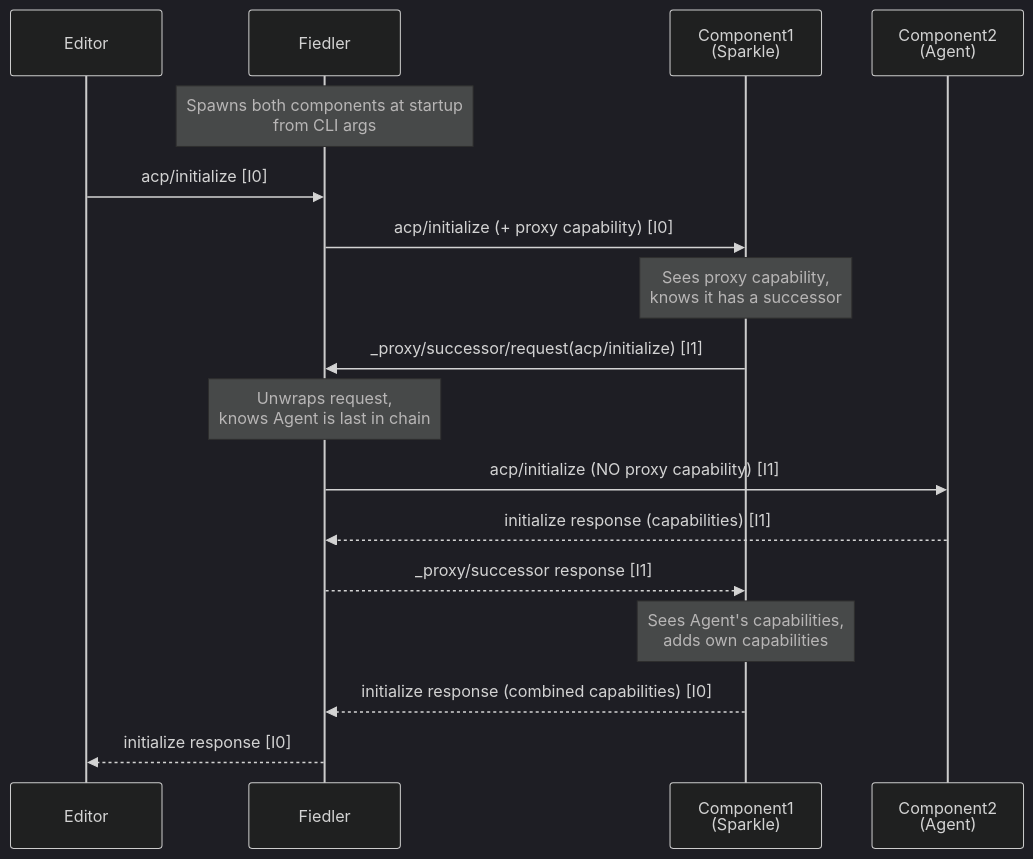
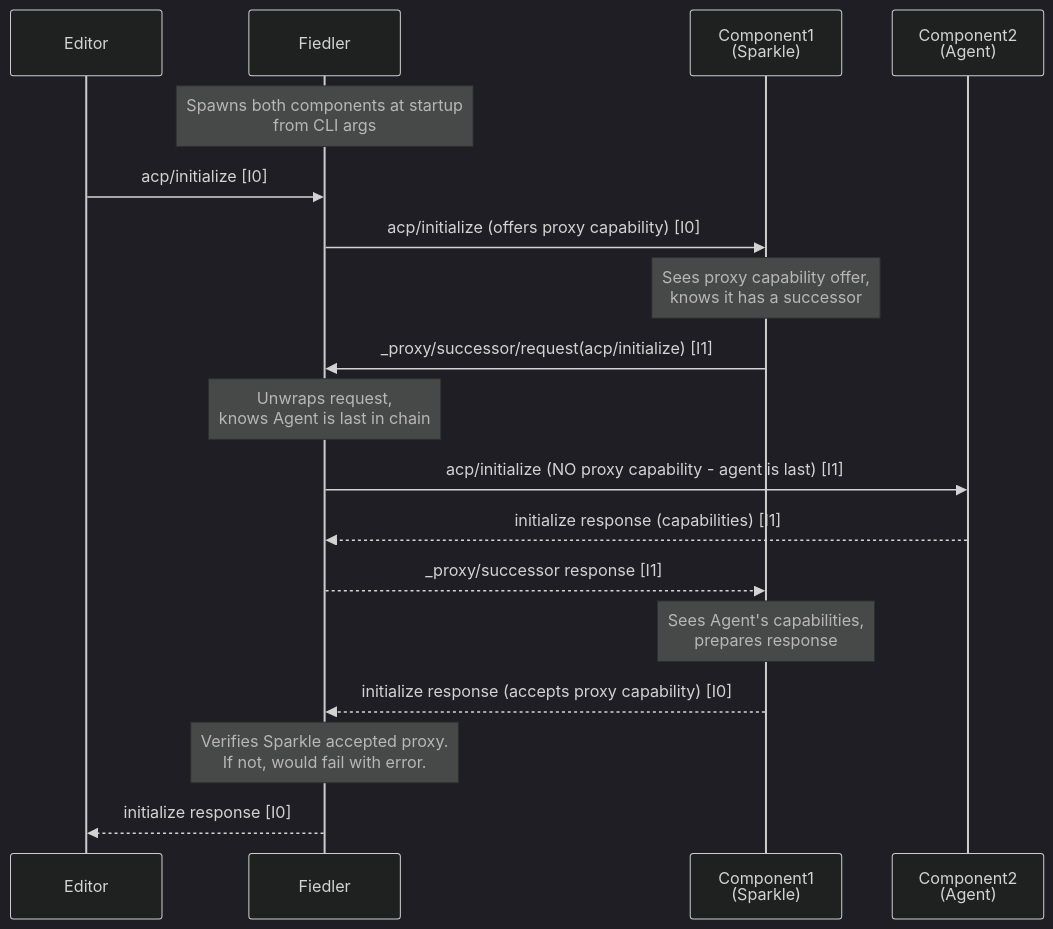
Before and after one commit to symposium-dev/symposium: the second of 2 diagrams in md/design/fiedler-conductor.md, drawn with Mermaid (dark theme). The commit also changed other lines of this file and 2 other files, not shown here.

````diff
--- a/md/design/fiedler-conductor.md
+++ b/md/design/fiedler-conductor.md
@@ -115,27 +113,30 @@
 ```mermaid
 sequenceDiagram
     participant Editor
     participant Fiedler
     participant Sparkle as Component1<br/>(Sparkle)
     participant Agent as Component2<br/>(Agent)
 
     Note over Fiedler: Spawns both components at startup<br/>from CLI args
     
     Editor->>Fiedler: acp/initialize [I0]
-    Fiedler->>Sparkle: acp/initialize (+ proxy capability) [I0]
+    Fiedler->>Sparkle: acp/initialize (offers proxy capability) [I0]
     
-    Note over Sparkle: Sees proxy capability,<br/>knows it has a successor
+    Note over Sparkle: Sees proxy capability offer,<br/>knows it has a successor
     
     Sparkle->>Fiedler: _proxy/successor/request(acp/initialize) [I1]
     
     Note over Fiedler: Unwraps request,<br/>knows Agent is last in chain
     
-    Fiedler->>Agent: acp/initialize (NO proxy capability) [I1]
+    Fiedler->>Agent: acp/initialize (NO proxy capability - agent is last) [I1]
     Agent-->>Fiedler: initialize response (capabilities) [I1]
     Fiedler-->>Sparkle: _proxy/successor response [I1]
     
-    Note over Sparkle: Sees Agent's capabilities,<br/>adds own capabilities
+    Note over Sparkle: Sees Agent's capabilities,<br/>prepares response
     
-    Sparkle-->>Fiedler: initialize response (combined capabilities) [I0]
+    Sparkle-->>Fiedler: initialize response (accepts proxy capability) [I0]
+    
+    Note over Fiedler: Verifies Sparkle accepted proxy.<br/>If not, would fail with error.
+    
     Fiedler-->>Editor: initialize response [I0]
 ```
````
